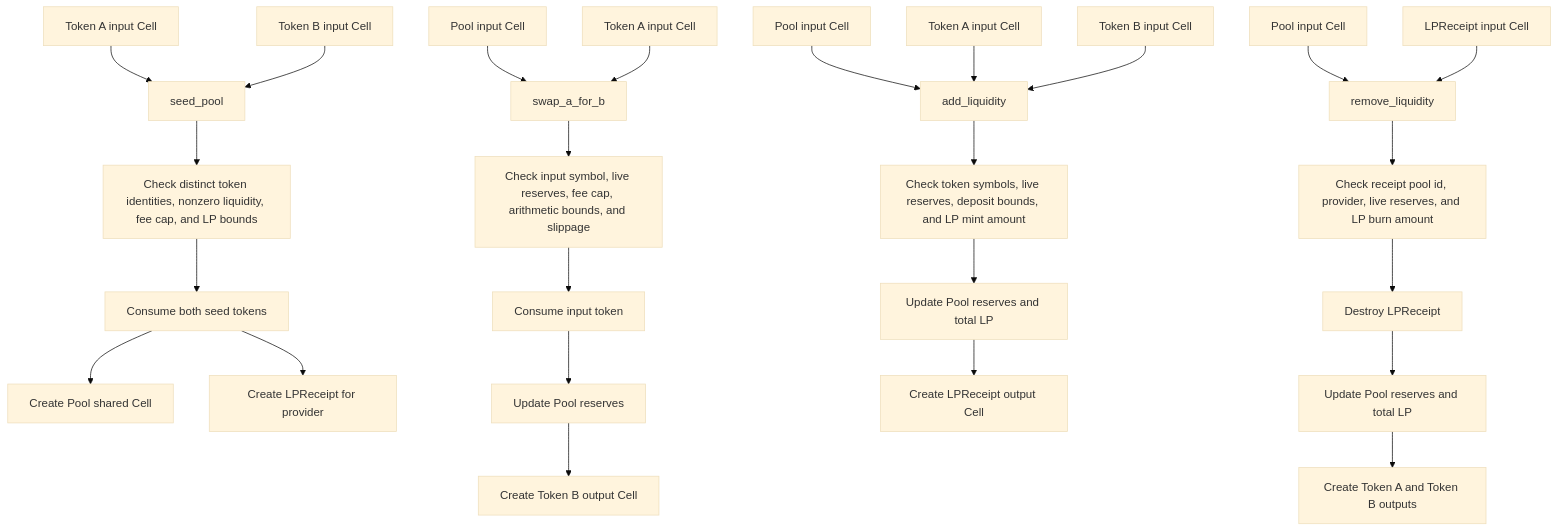
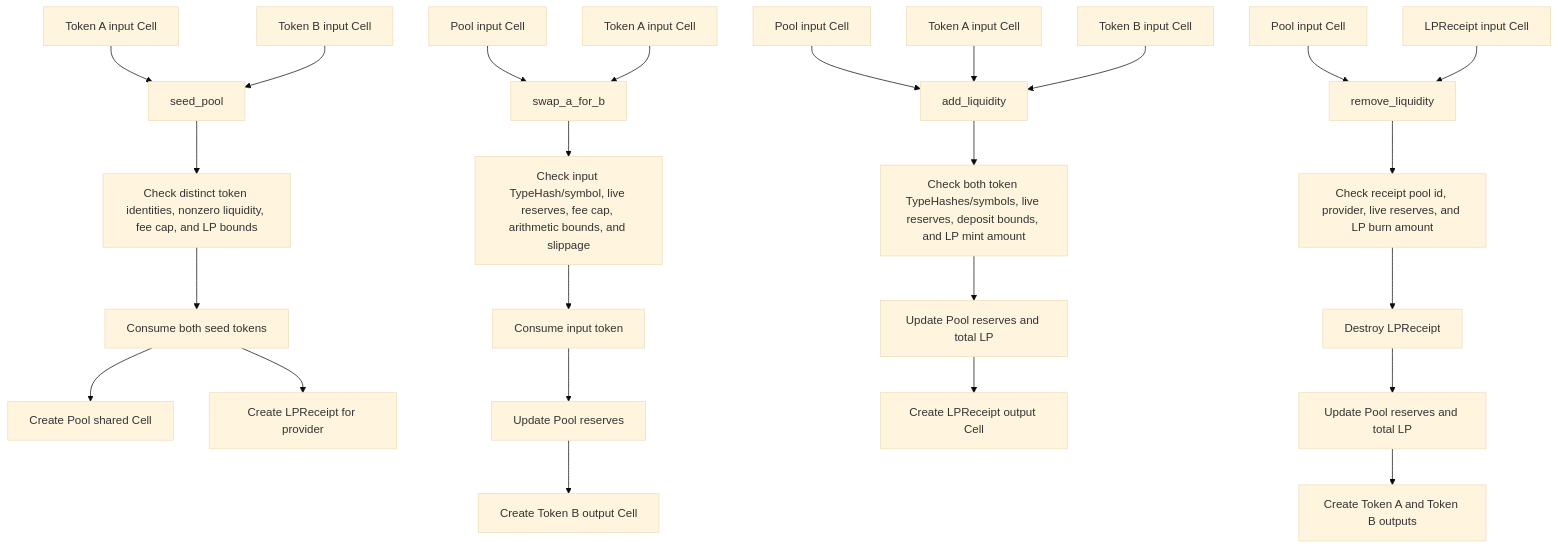
The second of 12 diagrams in docs/CELLSCRIPT_EXAMPLE_BUSINESS_FLOWS.md (CellScript-Labs/CellScript), drawn with Mermaid (base theme) before and after one commit. The commit also changed other lines of this file and 61 other files, not shown here.

````diff
--- a/docs/CELLSCRIPT_EXAMPLE_BUSINESS_FLOWS.md
+++ b/docs/CELLSCRIPT_EXAMPLE_BUSINESS_FLOWS.md
@@ -94,30 +94,30 @@
 ```mermaid
 flowchart TD
     A["Token A input Cell"] --> B["seed_pool"]
     C["Token B input Cell"] --> B
     B --> D["Check distinct token identities, nonzero liquidity, fee cap, and LP bounds"]
     D --> E["Consume both seed tokens"]
     E --> F["Create Pool shared Cell"]
     E --> G["Create LPReceipt for provider"]
 
     H["Pool input Cell"] --> I["swap_a_for_b"]
     J["Token A input Cell"] --> I
-    I --> K["Check input symbol, live reserves, fee cap, arithmetic bounds, and slippage"]
+    I --> K["Check input TypeHash/symbol, live reserves, fee cap, arithmetic bounds, and slippage"]
     K --> L["Consume input token"]
     L --> M["Update Pool reserves"]
     M --> N["Create Token B output Cell"]
 
     O["Pool input Cell"] --> P["add_liquidity"]
     Q["Token A input Cell"] --> P
     R["Token B input Cell"] --> P
-    P --> S["Check token symbols, live reserves, deposit bounds, and LP mint amount"]
+    P --> S["Check both token TypeHashes/symbols, live reserves, deposit bounds, and LP mint amount"]
     S --> T["Update Pool reserves and total LP"]
     T --> U["Create LPReceipt output Cell"]
 
     V["Pool input Cell"] --> W["remove_liquidity"]
     X["LPReceipt input Cell"] --> W
     W --> Y["Check receipt pool id, provider, live reserves, and LP burn amount"]
     Y --> Z["Destroy LPReceipt"]
     Z --> AA["Update Pool reserves and total LP"]
     AA --> AB["Create Token A and Token B outputs"]
 ```
````
